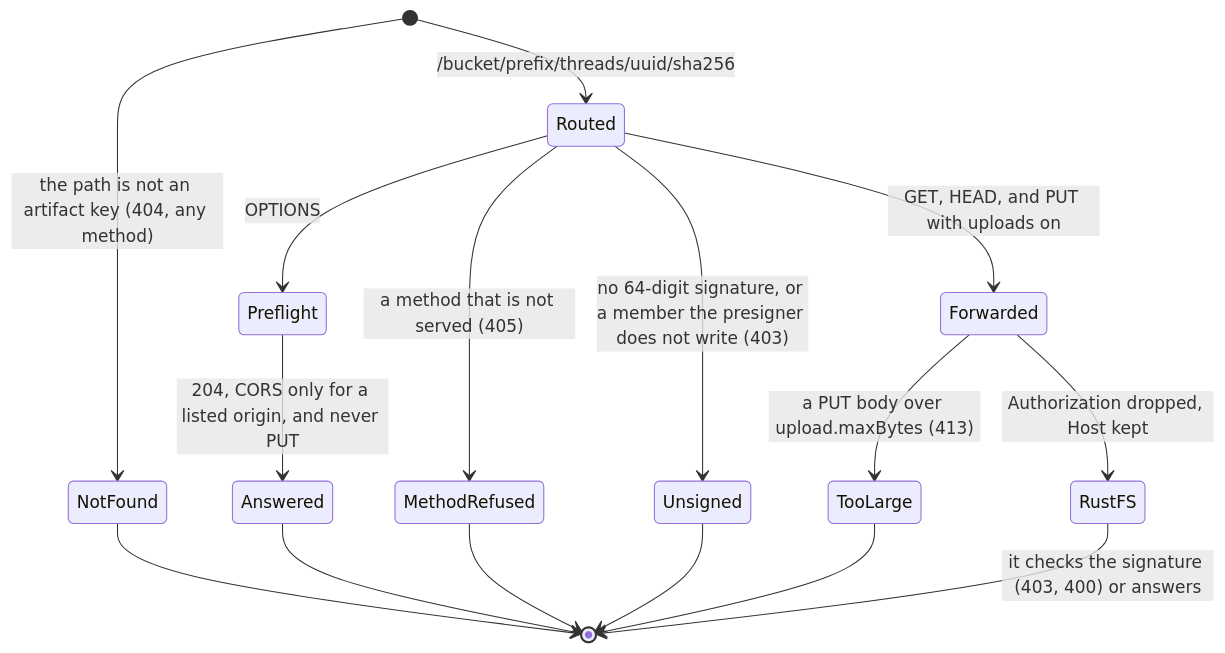
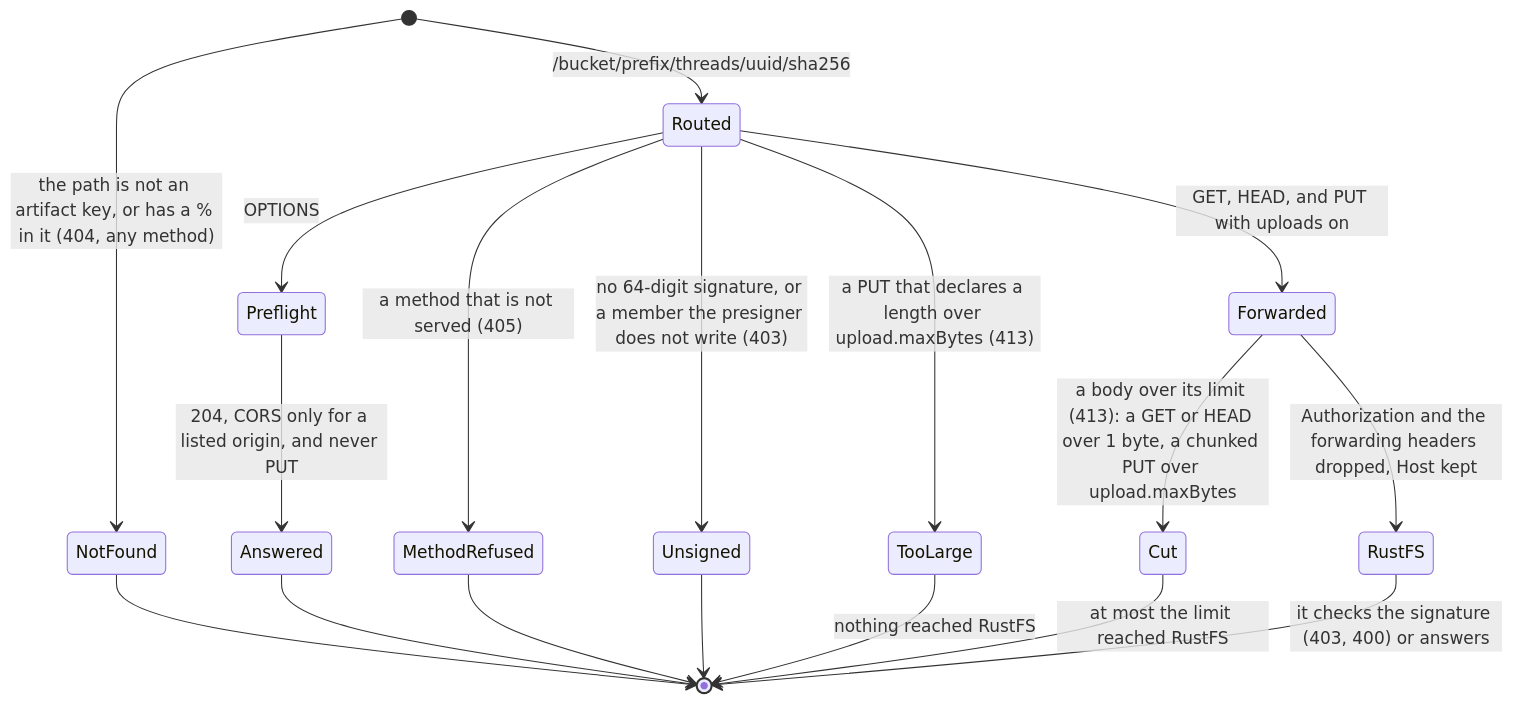
Before and after one commit to vymalo/another-agentic-system: diagram 15 of 15 in deploy/chart/README.md, drawn with Mermaid. The commit also changed other lines of this file and 2 other files, not shown here.

First line of the commit message:
docs: ADR 0058 step 6c and the chart README say what the files host proxy does, as run

````diff
--- a/deploy/chart/README.md
+++ b/deploy/chart/README.md
@@ -775,18 +775,20 @@
 ```mermaid
 stateDiagram-v2
-  [*] --> NotFound: the path is not an artifact key (404, any method)
+  [*] --> NotFound: the path is not an artifact key, or has a % in it (404, any method)
   [*] --> Routed: /bucket/prefix/threads/uuid/sha256
   Routed --> Preflight: OPTIONS
   Routed --> MethodRefused: a method that is not served (405)
   Routed --> Unsigned: no 64-digit signature, or a member the presigner does not write (403)
+  Routed --> TooLarge: a PUT that declares a length over upload.maxBytes (413)
   Routed --> Forwarded: GET, HEAD, and PUT with uploads on
   Preflight --> Answered: 204, CORS only for a listed origin, and never PUT
-  Forwarded --> TooLarge: a PUT body over upload.maxBytes (413)
-  Forwarded --> RustFS: Authorization dropped, Host kept
+  Forwarded --> Cut: a body over its limit (413): a GET or HEAD over 1 byte, a chunked PUT over upload.maxBytes
+  Forwarded --> RustFS: Authorization and the forwarding headers dropped, Host kept
   RustFS --> [*]: it checks the signature (403, 400) or answers
   NotFound --> [*]
   MethodRefused --> [*]
   Unsigned --> [*]
   Answered --> [*]
-  TooLarge --> [*]
+  TooLarge --> [*]: nothing reached RustFS
+  Cut --> [*]: at most the limit reached RustFS
 ```
````
